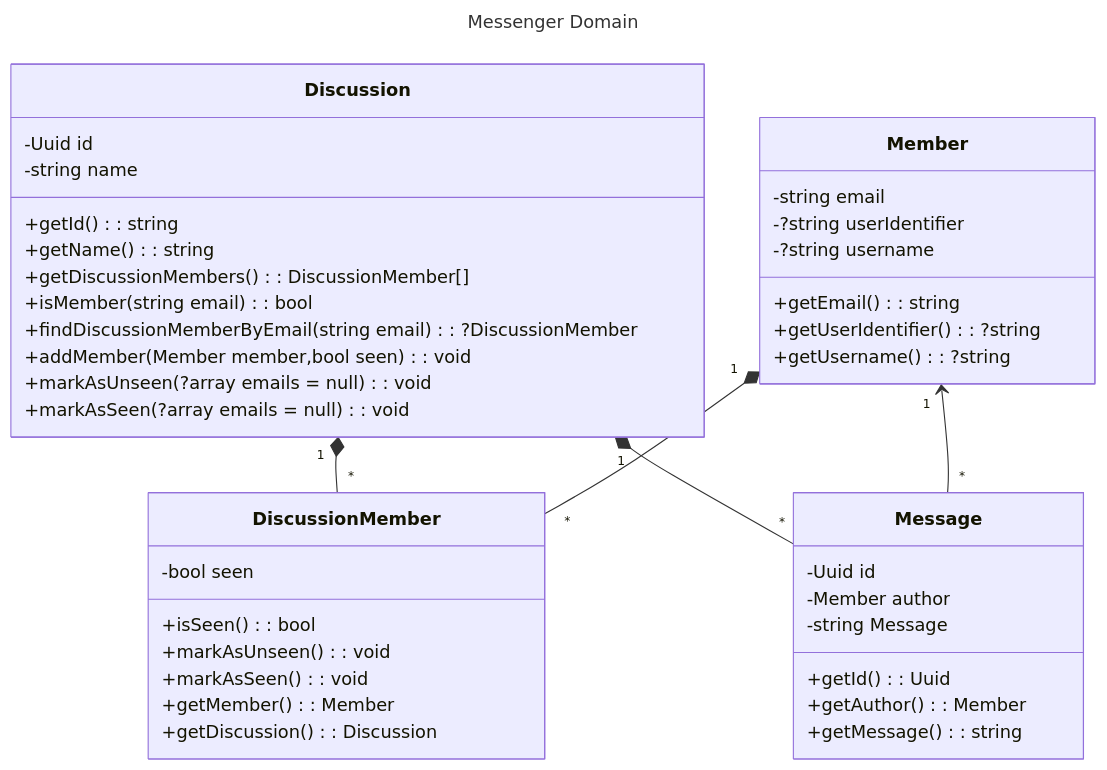
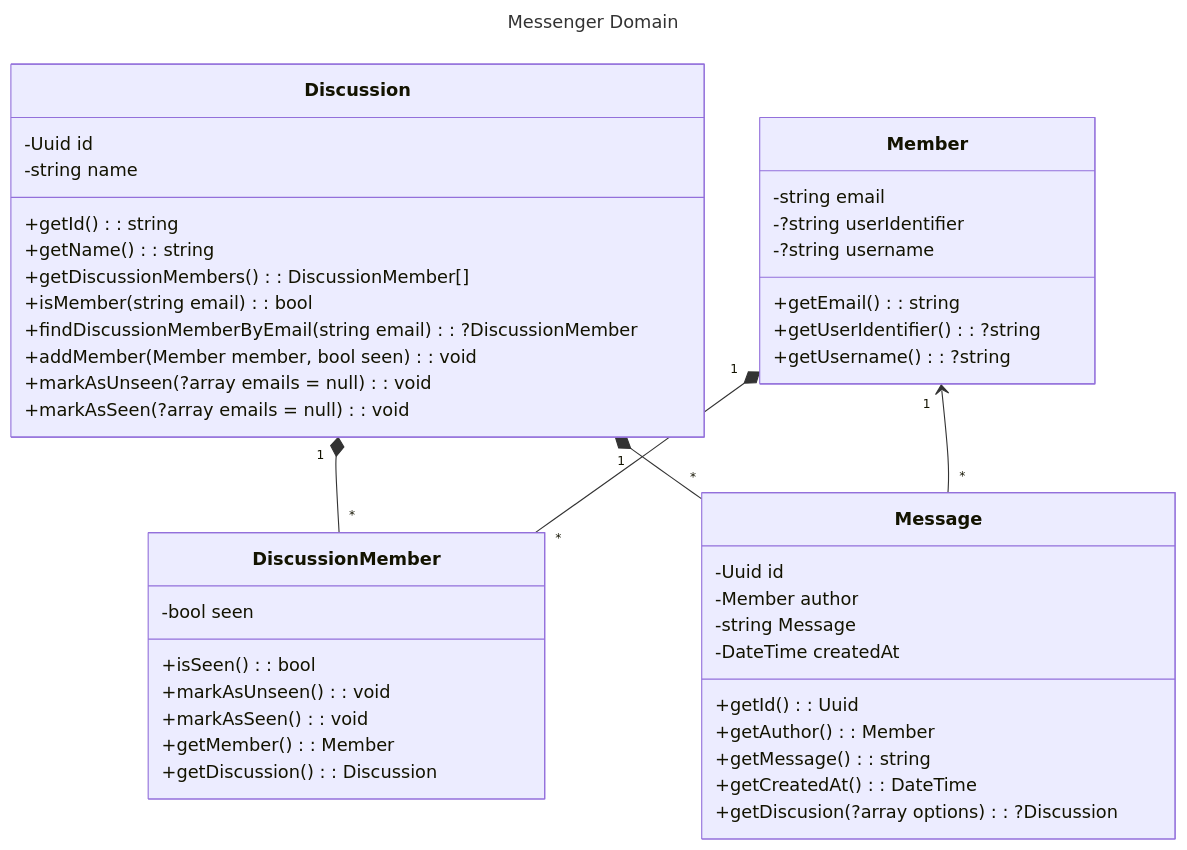
One commit to thetis20/messenger-domain changed the first of 6 diagrams in README.md. Above: the diagram before and after it, drawn with Mermaid. The commit also changed 10 other files, not shown here.

````diff
--- a/README.md
+++ b/README.md
@@ -70,47 +70,50 @@
 ```mermaid
 ---
 title: Messenger Domain
 ---
 classDiagram
-    Discussion "1" *-- "*" DiscussionMember
-    Member "1" *-- "*" DiscussionMember
-    Discussion "1" *-- "*" Message
-    Member "1" <-- "*" Message
-    class Discussion{
-        -Uuid id
-        -string name
-        +getId(): string
-        +getName(): string
-        +getDiscussionMembers(): DiscussionMember[]
-        +isMember(string email): bool
-        +findDiscussionMemberByEmail(string email): ?DiscussionMember
-        +addMember(Member member,bool seen): void
-        +markAsUnseen(?array emails = null): void
-        +markAsSeen(?array emails = null): void
-    }
-    class DiscussionMember{
-        -bool seen
-        +isSeen(): bool
-        +markAsUnseen(): void
-        +markAsSeen(): void
-        +getMember(): Member
-        +getDiscussion(): Discussion
-    }
-    class Member{
-        -string email
-        -?string userIdentifier
-        -?string username
-        +getEmail(): string
-        +getUserIdentifier(): ?string
-        +getUsername(): ?string
-    }
-    class Message{
-        -Uuid id
-        -Member author
-        -string Message
-        +getId(): Uuid
-        +getAuthor(): Member
-        +getMessage(): string
-    }
+   Discussion "1" *-- "*" DiscussionMember
+   Member "1" *-- "*" DiscussionMember
+   Discussion "1" *-- "*" Message
+   Member "1" <-- "*" Message
+   class Discussion {
+      -Uuid id
+      -string name
+      +getId(): string
+      +getName(): string
+      +getDiscussionMembers(): DiscussionMember[]
+      +isMember(string email): bool
+      +findDiscussionMemberByEmail(string email): ?DiscussionMember
+      +addMember(Member member, bool seen): void
+      +markAsUnseen(?array emails = null): void
+      +markAsSeen(?array emails = null): void
+   }
+   class DiscussionMember {
+      -bool seen
+      +isSeen(): bool
+      +markAsUnseen(): void
+      +markAsSeen(): void
+      +getMember(): Member
+      +getDiscussion(): Discussion
+   }
+   class Member {
+      -string email
+      -?string userIdentifier
+      -?string username
+      +getEmail(): string
+      +getUserIdentifier(): ?string
+      +getUsername(): ?string
+   }
+   class Message {
+      -Uuid id
+      -Member author
+      -string Message
+      -DateTime createdAt
+      +getId(): Uuid
+      +getAuthor(): Member
+      +getMessage(): string
+      +getCreatedAt(): DateTime
+      +getDiscusion(?array options): ?Discussion
+   }
 
 ```
````
